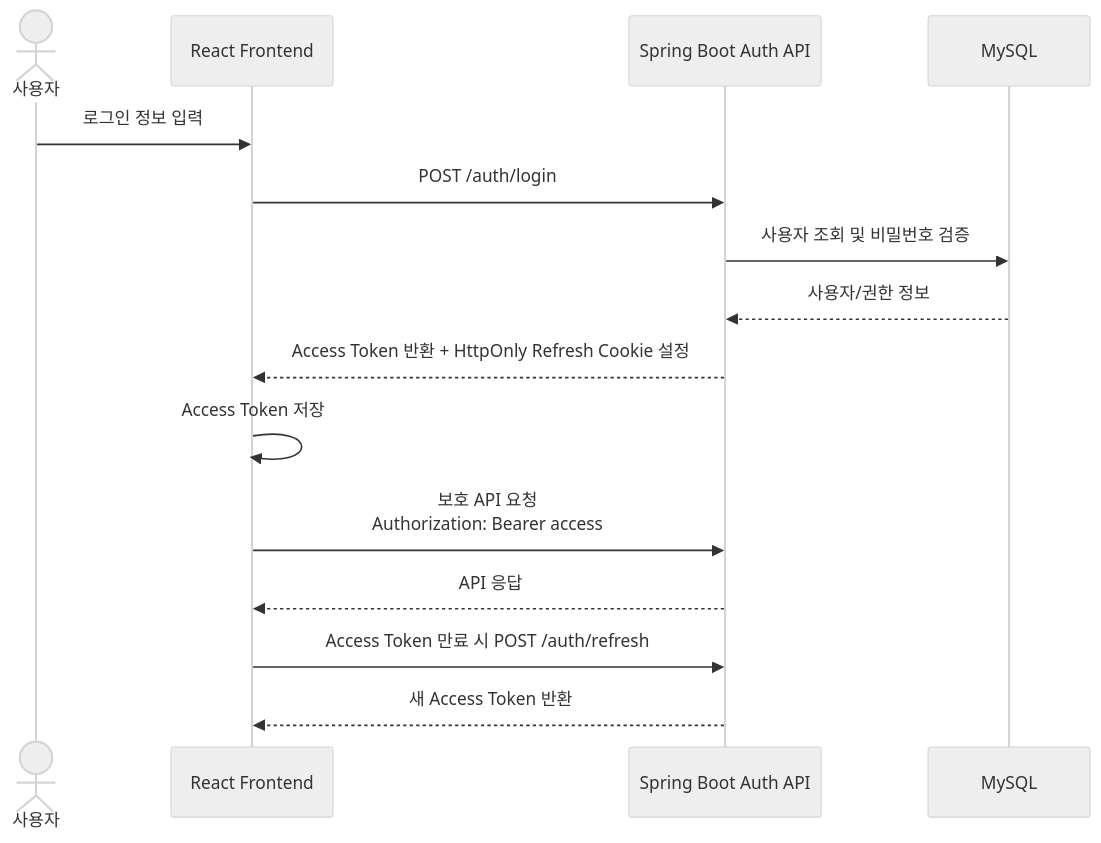
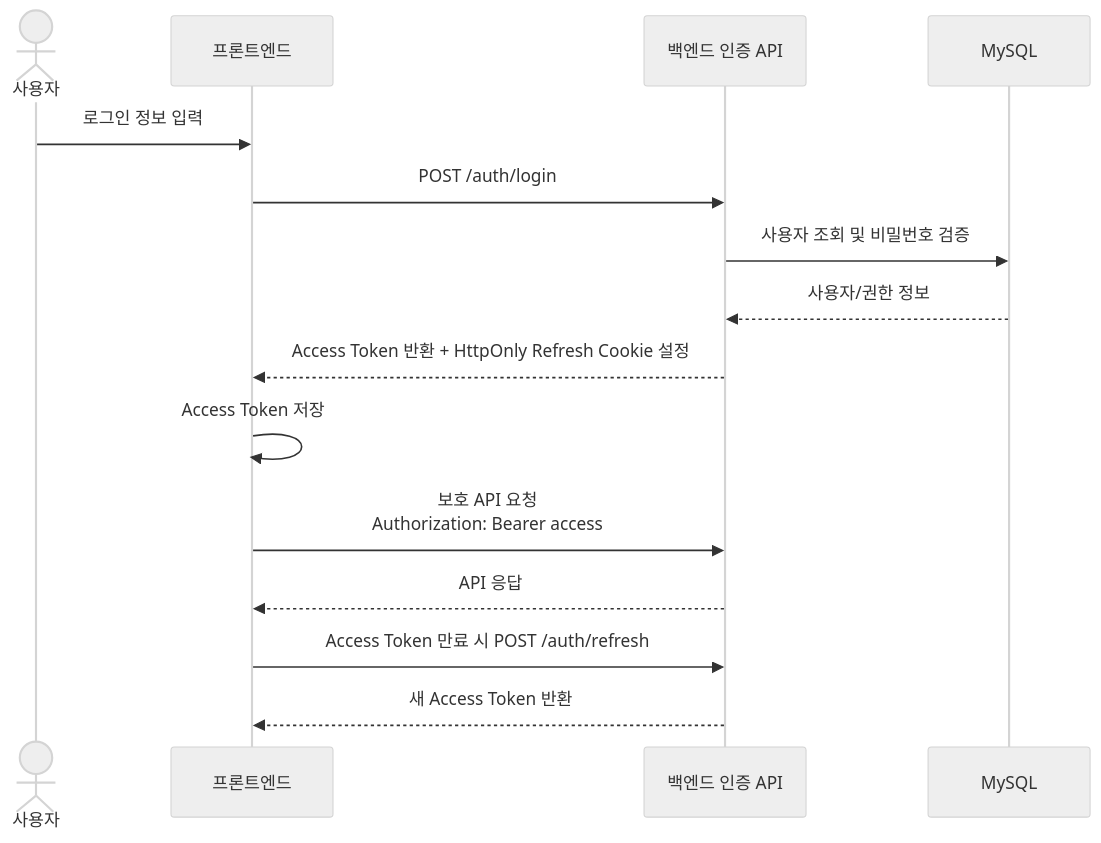
The fifth of 5 diagrams in docs/architecture-draft.md (sssat/graduation-project), drawn with Mermaid (neutral theme) before and after one commit. The commit also changed other lines of this file, not shown here.

````diff
--- a/docs/architecture-draft.md
+++ b/docs/architecture-draft.md
@@ -160,20 +158,20 @@
 ```mermaid
 sequenceDiagram
   actor U as 사용자
-  participant F as React Frontend
-  participant B as Spring Boot Auth API
+  participant F as 프론트엔드
+  participant B as 백엔드 인증 API
   participant D as MySQL
 
   U->>F: 로그인 정보 입력
   F->>B: POST /auth/login
   B->>D: 사용자 조회 및 비밀번호 검증
   D-->>B: 사용자/권한 정보
   B-->>F: Access Token 반환 + HttpOnly Refresh Cookie 설정
   F->>F: Access Token 저장
 
   F->>B: 보호 API 요청<br/>Authorization: Bearer access
   B-->>F: API 응답
 
   F->>B: Access Token 만료 시 POST /auth/refresh
   B-->>F: 새 Access Token 반환
 ```
````
